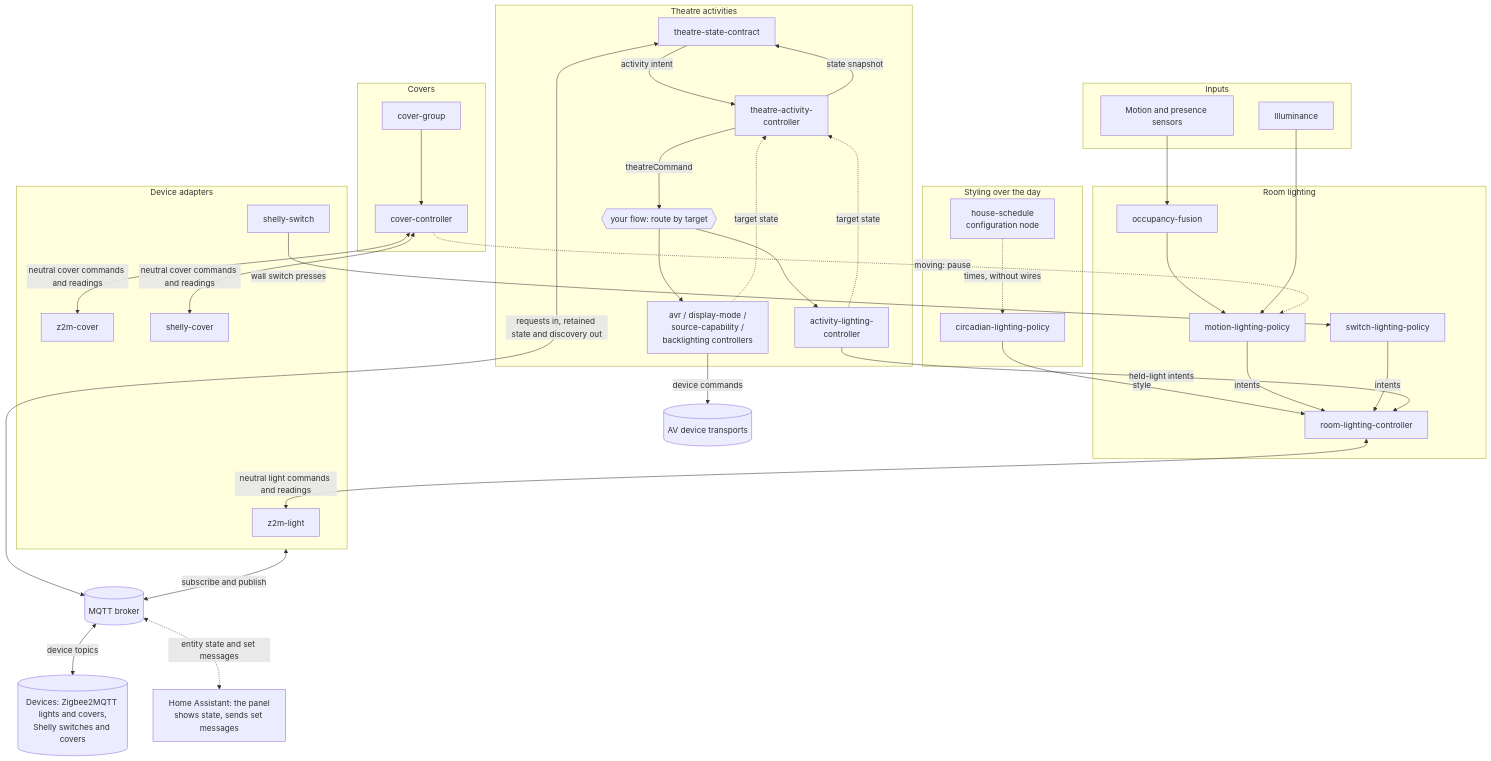
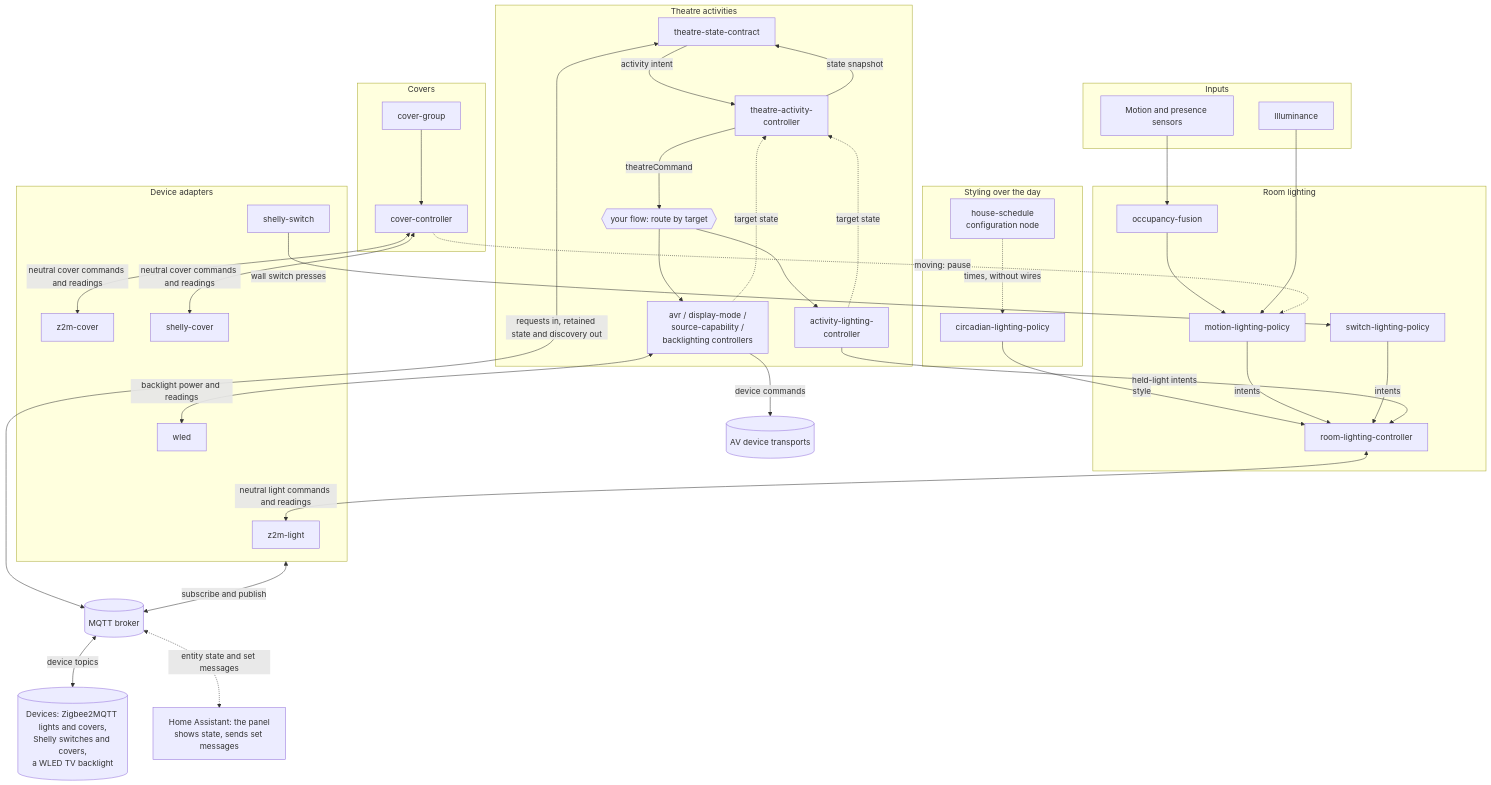
The diagram in docs/images/architecture.mmd (avantics-hq/node-red-home-automation), drawn with Mermaid before and after one commit. The commit also changed 52 other files, not shown here.

```diff
--- a/docs/images/architecture.mmd
+++ b/docs/images/architecture.mmd
@@ -1,65 +1,67 @@
 flowchart TB
   subgraph In[Inputs]
     SENS[Motion and presence sensors]
     LUX[Illuminance]
   end
   subgraph Style[Styling over the day]
     HS[house-schedule<br/>configuration node]
     CIRC[circadian-lighting-policy]
   end
   subgraph Room[Room lighting]
     OCC[occupancy-fusion]
     MOT[motion-lighting-policy]
     SW[switch-lighting-policy]
     ROOM[room-lighting-controller]
   end
   subgraph Cov[Covers]
     GRP[cover-group]
     COV[cover-controller]
   end
   subgraph Act[Theatre activities]
     CON[theatre-state-contract]
     ACT["theatre-activity-<br/>controller"]
     ROUTE{{your flow: route by target}}
     AL["activity-lighting-<br/>controller"]
     EQ[avr / display-mode /<br/>source-capability /<br/>backlighting controllers]
   end
   subgraph Adapt[Device adapters]
     ZL[z2m-light]
     SS[shelly-switch]
     ZC[z2m-cover]
     SC[shelly-cover]
+    WL[wled]
   end
   BROKER[(MQTT broker)]
   HA[Home Assistant: the panel<br/>shows state, sends set messages]
-  DEV[(Devices: Zigbee2MQTT lights and covers,<br/>Shelly switches and covers)]
+  DEV[(Devices: Zigbee2MQTT lights and covers,<br/>Shelly switches and covers,<br/>a WLED TV backlight)]
   AV[(AV device transports)]
 
   SENS --> OCC --> MOT
   LUX --> MOT
   HS -. times, without wires .-> CIRC
   CIRC -- style --> ROOM
   MOT -- intents --> ROOM
   SW -- intents --> ROOM
   GRP --> COV
   COV -. moving: pause .-> MOT
 
   ROOM <-- neutral light commands and readings --> ZL
   COV <-- neutral cover commands and readings --> ZC
   COV <-- neutral cover commands and readings --> SC
   SS -- wall switch presses --> SW
 
   CON -- activity intent --> ACT
   ACT -- state snapshot --> CON
   ACT -- theatreCommand --> ROUTE
   ROUTE --> EQ
   ROUTE --> AL
   EQ -. target state .-> ACT
   AL -. target state .-> ACT
   AL -- held-light intents --> ROOM
   EQ -- device commands --> AV
+  EQ <-- backlight power and readings --> WL
 
   Adapt <-- subscribe and publish --> BROKER
   CON <-- requests in, retained state and discovery out --> BROKER
   BROKER <-- device topics --> DEV
   BROKER <-. entity state and set messages .-> HA
```
